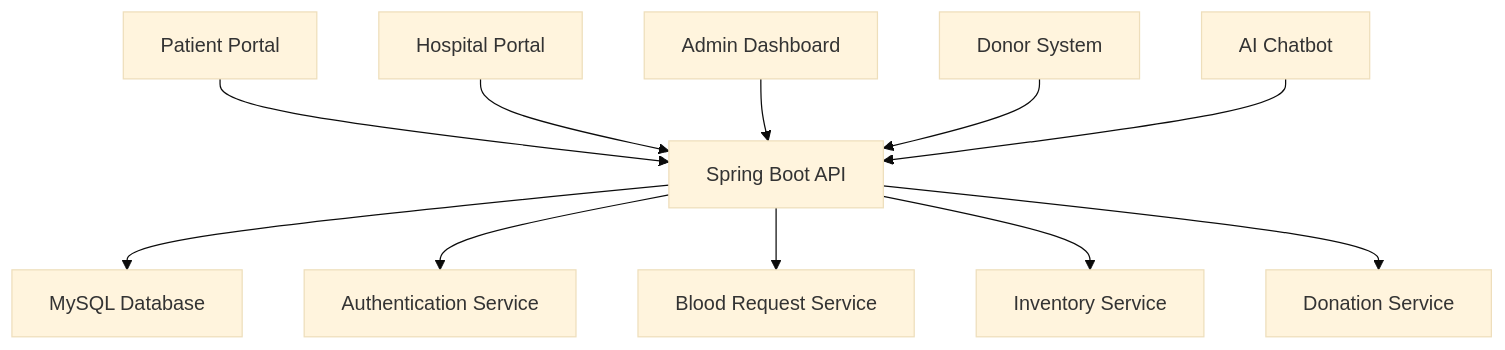
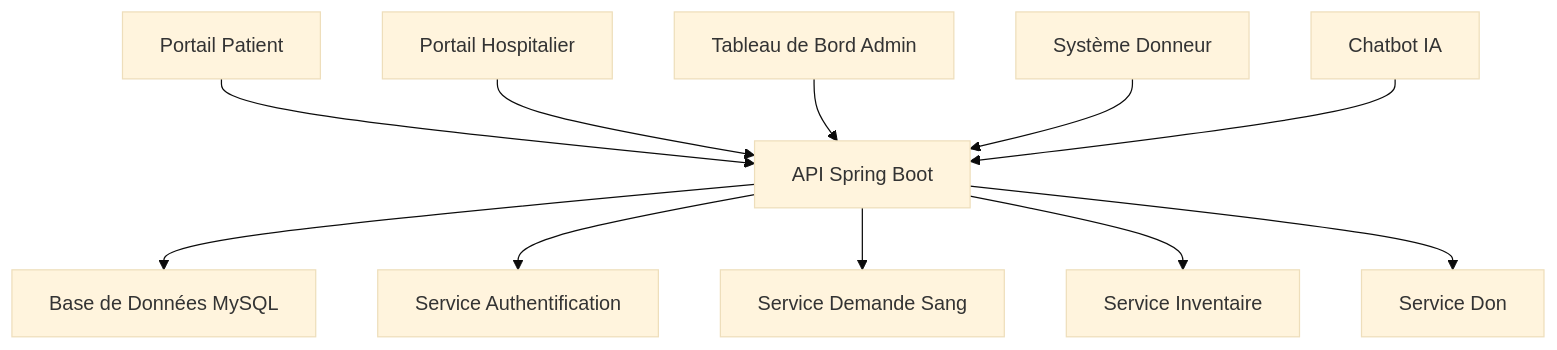
The diagram in README_GITHUB.md (zakaryaemiloudy/web), drawn with Mermaid (base theme) before and after one commit. The commit also changed other lines of this file and 2 other files, not shown here.

````diff
--- a/README_GITHUB.md
+++ b/README_GITHUB.md
@@ -136,14 +136,14 @@
 ```mermaid
 graph TB
-    A[Patient Portal] --> D[Spring Boot API]
-    B[Hospital Portal] --> D
-    C[Admin Dashboard] --> D
-    E[Donor System] --> D
-    F[AI Chatbot] --> D
-    D --> G[MySQL Database]
+    A[Portail Patient] --> D[API Spring Boot]
+    B[Portail Hospitalier] --> D
+    C[Tableau de Bord Admin] --> D
+    E[Système Donneur] --> D
+    F[Chatbot IA] --> D
+    D --> G[Base de Données MySQL]
     
-    D --> H[Authentication Service]
-    D --> I[Blood Request Service]
-    D --> J[Inventory Service]
-    D --> K[Donation Service]
+    D --> H[Service Authentification]
+    D --> I[Service Demande Sang]
+    D --> J[Service Inventaire]
+    D --> K[Service Don]
 ```
````
